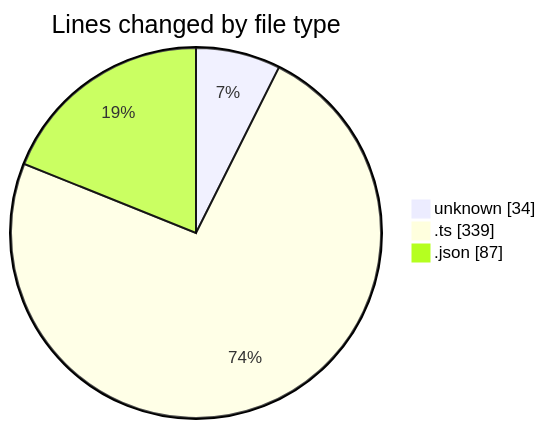
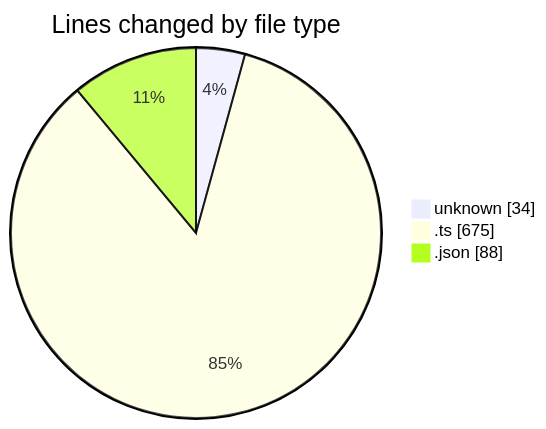
Before and after one commit to lephambinh05/code-tracking: the first of 2 diagrams in 2025-07-13/rentotp/README.md, drawn with Mermaid. The commit also changed other lines of this file and 1 other file, not shown here.

````diff
--- a/2025-07-13/rentotp/README.md
+++ b/2025-07-13/rentotp/README.md
@@ -30,7 +37,7 @@
 ```mermaid
 pie showData
 title Lines changed by file type
 "unknown" : 34
-".ts" : 339
-".json" : 87
+".ts" : 675
+".json" : 88
 ```
````
